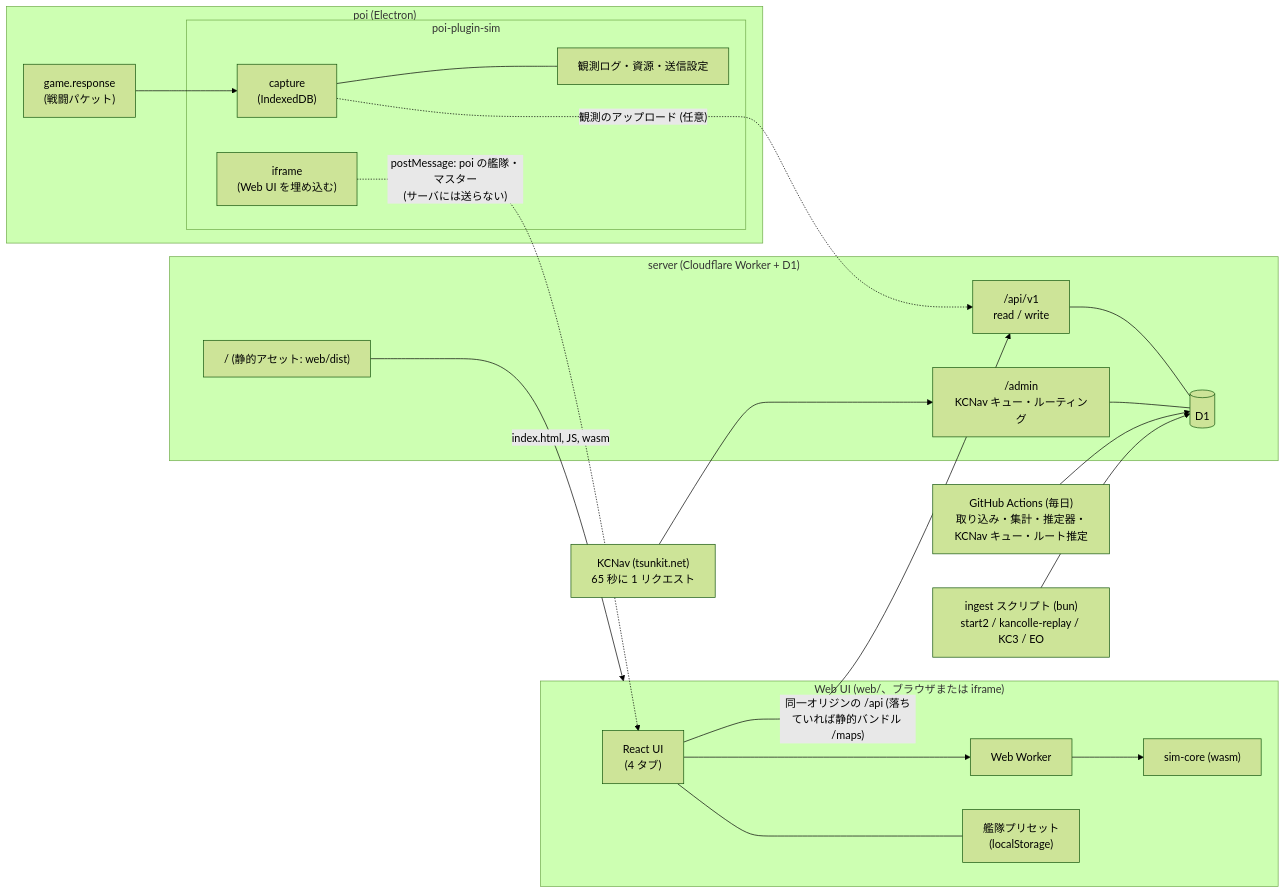
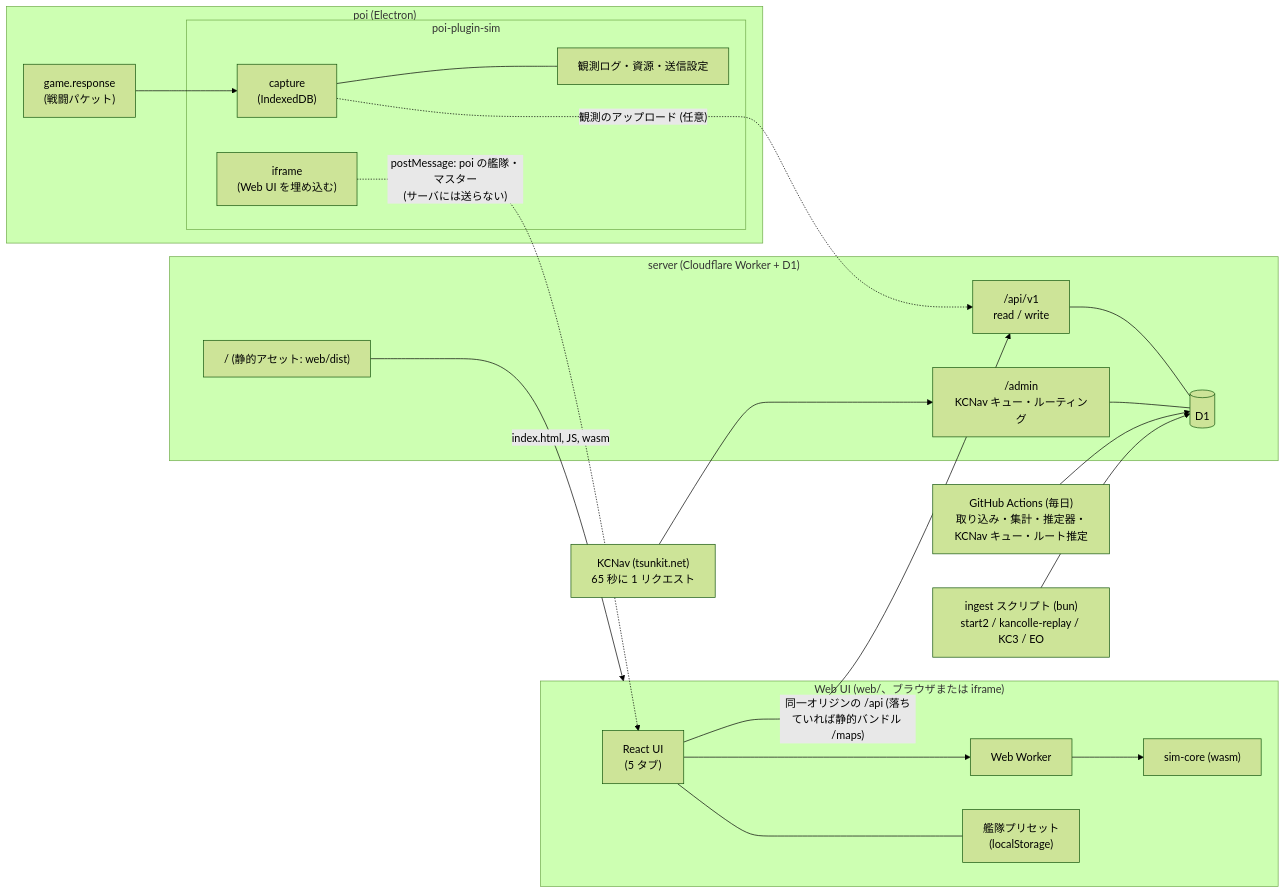
One commit to gitdmnt/kc-sim changed the diagram in README.md. Above: the diagram before and after it, drawn with Mermaid (forest theme). The commit also changed other lines of this file and 2 other files, not shown here.

````diff
--- a/README.md
+++ b/README.md
@@ -26,36 +26,36 @@
 ```mermaid
 flowchart LR
   subgraph poi["poi (Electron)"]
     GR["game.response<br/>(戦闘パケット)"]
     subgraph plugin["poi-plugin-sim"]
       CAP["capture<br/>(IndexedDB)"]
       LOG["観測ログ・資源・送信設定"]
       FRAME["iframe<br/>(Web UI を埋め込む)"]
     end
     GR --> CAP
     CAP --- LOG
   end
   subgraph browser["Web UI (web/、ブラウザまたは iframe)"]
-    UI["React UI<br/>(4 タブ)"]
+    UI["React UI<br/>(5 タブ)"]
     WK["Web Worker"]
     WASM["sim-core (wasm)"]
     PRE["艦隊プリセット<br/>(localStorage)"]
     UI --> WK --> WASM
     UI --- PRE
   end
   FRAME -.->|"postMessage: poi の艦隊・マスター<br/>(サーバには送らない)"| UI
   subgraph dw["server (Cloudflare Worker + D1)"]
     ASSETS["/ (静的アセット: web/dist)"]
     API["/api/v1<br/>read / write"]
     ADM["/admin<br/>KCNav キュー・ルーティング"]
     D1[("D1")]
     API --- D1
     ADM --- D1
   end
   GHA["GitHub Actions (毎日)<br/>取り込み・集計・推定器・KCNav キュー・ルート推定"] --> D1
   ASSETS -->|"index.html, JS, wasm"| browser
   UI -->|"同一オリジンの /api (落ちていれば静的バンドル /maps)"| API
   CAP -.->|"観測のアップロード (任意)"| API
   ING["ingest スクリプト (bun)<br/>start2 / kancolle-replay / KC3 / EO"] --> D1
   KC["KCNav (tsunkit.net)<br/>65 秒に 1 リクエスト"] --> ADM
 ```
````
